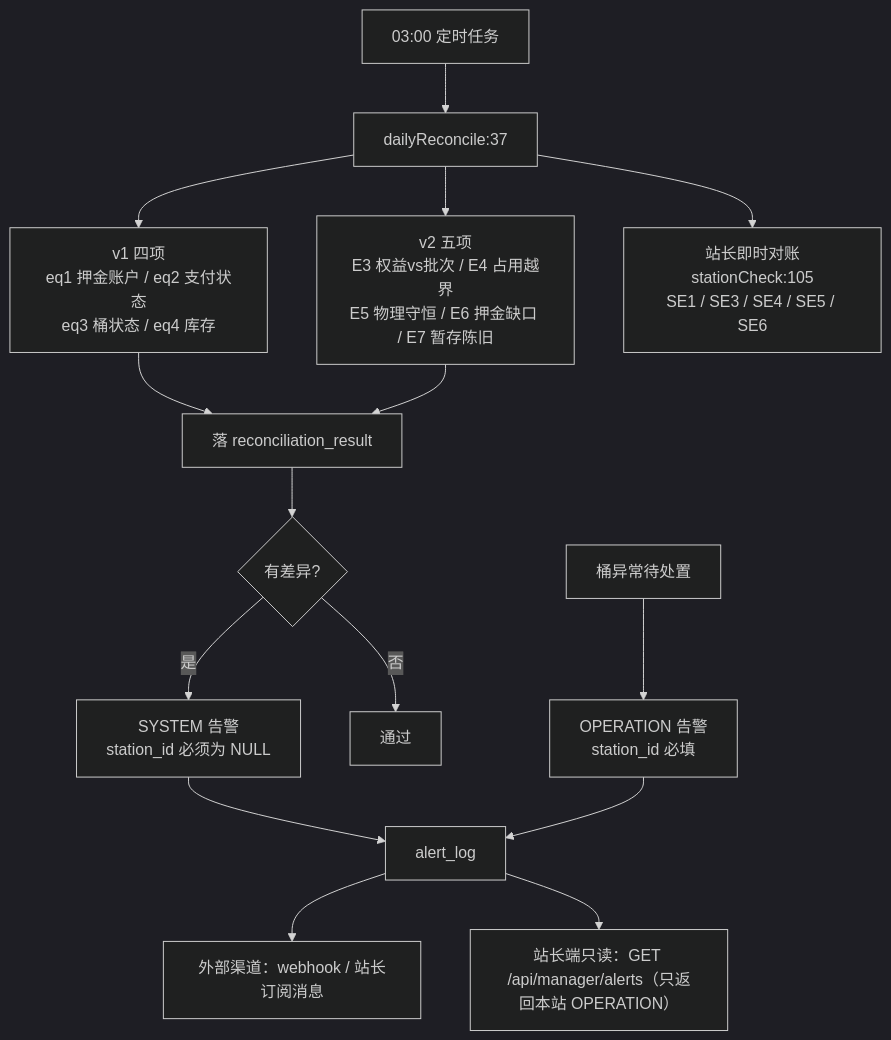
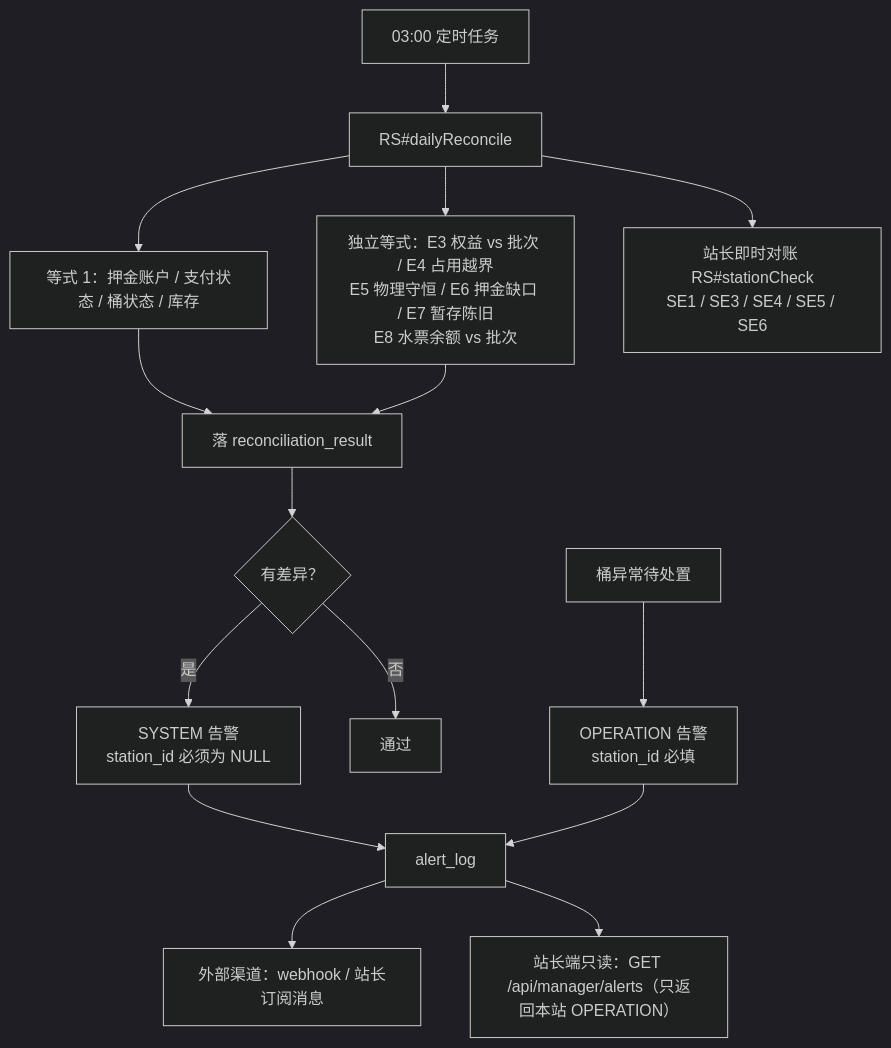
One commit to rumiasu/AquaFlow changed the tenth of 10 diagrams in docs/design/15-业务流程地图.md. Above: the diagram before and after it, drawn with Mermaid (dark theme). The commit also changed other lines of this file and 54 other files, not shown here.

````diff
--- a/docs/design/15-业务流程地图.md
+++ b/docs/design/15-业务流程地图.md
@@ -346,17 +280,17 @@
 ```mermaid
 flowchart TD
-  T["03:00 定时任务"] --> D["dailyReconcile:37"]
-  D --> V1["v1 四项<br/>eq1 押金账户 / eq2 支付状态<br/>eq3 桶状态 / eq4 库存"]
-  D --> V2["v2 五项<br/>E3 权益vs批次 / E4 占用越界<br/>E5 物理守恒 / E6 押金缺口 / E7 暂存陈旧"]
-  D --> SE["站长即时对账<br/>stationCheck:105<br/>SE1 / SE3 / SE4 / SE5 / SE6"]
+  T["03:00 定时任务"] --> D["RS#dailyReconcile"]
+  D --> V1["等式 1：押金账户 / 支付状态 / 桶状态 / 库存"]
+  D --> V2["独立等式：E3 权益 vs 批次 / E4 占用越界<br/>E5 物理守恒 / E6 押金缺口 / E7 暂存陈旧<br/>E8 水票余额 vs 批次"]
+  D --> SE["站长即时对账 RS#stationCheck<br/>SE1 / SE3 / SE4 / SE5 / SE6"]
   V1 --> RS["落 reconciliation_result"]
   V2 --> RS
-  RS --> Q{"有差异?"}
+  RS --> Q{"有差异？"}
   Q -->|"是"| AL["SYSTEM 告警<br/>station_id 必须为 NULL"]
   Q -->|"否"| OK["通过"]
   AL --> L["alert_log"]
   EX["桶异常待处置"] --> AL2["OPERATION 告警<br/>station_id 必填"]
   AL2 --> L
   L --> N1["外部渠道：webhook / 站长订阅消息"]
   L --> N2["站长端只读：GET /api/manager/alerts（只返回本站 OPERATION）"]
 ```
````
